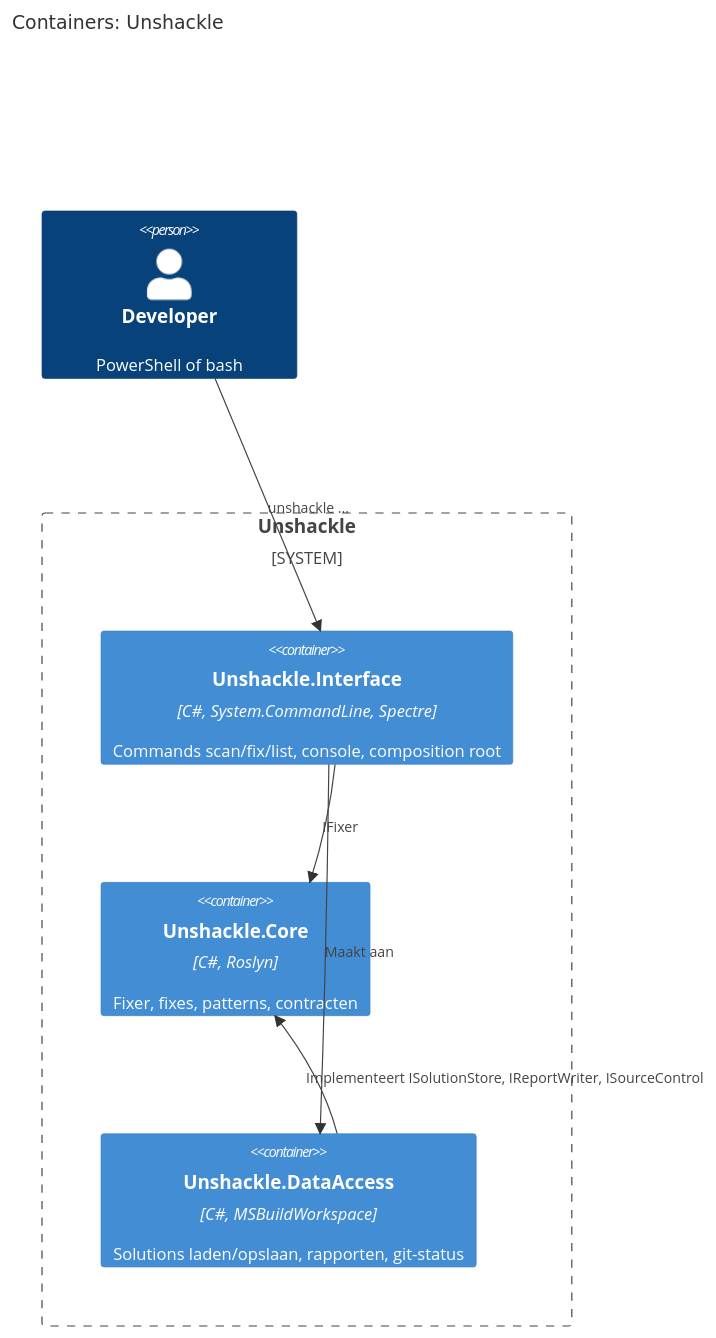
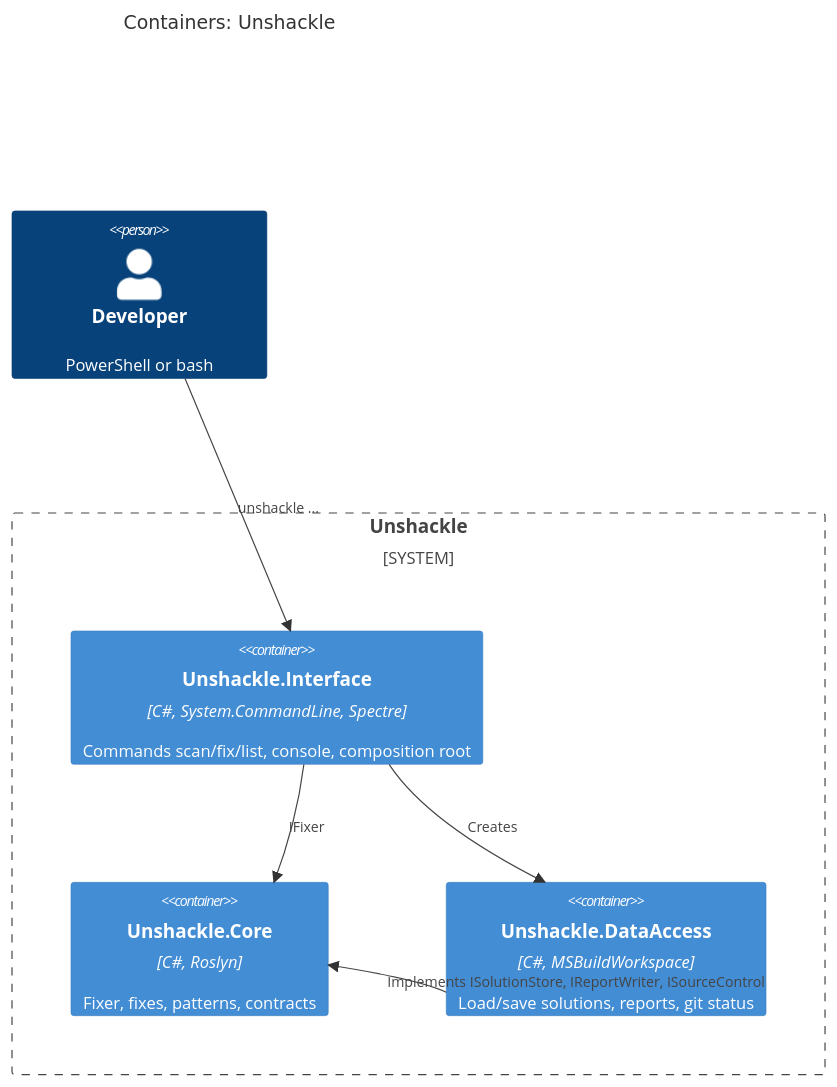
The second of 2 diagrams in docs/projectinfo/features/end-to-end-keten-plan.md (ATkingma/unshackle), drawn with Mermaid before and after one commit. The commit also changed other lines of this file and 415 other files, not shown here.

````diff
--- a/docs/projectinfo/features/end-to-end-keten-plan.md
+++ b/docs/projectinfo/features/end-to-end-keten-plan.md
@@ -121,16 +121,16 @@
 ```mermaid
 C4Container
     title Containers: Unshackle
 
-    Person(user, "Developer", "PowerShell of bash")
+    Person(user, "Developer", "PowerShell or bash")
     System_Boundary(unshackle_boundary, "Unshackle") {
         Container(unshackle_interface, "Unshackle.Interface", "C#, System.CommandLine, Spectre", "Commands scan/fix/list, console, composition root")
-        Container(unshackle_core, "Unshackle.Core", "C#, Roslyn", "Fixer, fixes, patterns, contracten")
-        Container(unshackle_dataaccess, "Unshackle.DataAccess", "C#, MSBuildWorkspace", "Solutions laden/opslaan, rapporten, git-status")
+        Container(unshackle_core, "Unshackle.Core", "C#, Roslyn", "Fixer, fixes, patterns, contracts")
+        Container(unshackle_dataaccess, "Unshackle.DataAccess", "C#, MSBuildWorkspace", "Load/save solutions, reports, git status")
     }
 
     Rel(user, unshackle_interface, "unshackle ...")
     Rel(unshackle_interface, unshackle_core, "IFixer")
-    Rel(unshackle_interface, unshackle_dataaccess, "Maakt aan")
-    Rel(unshackle_dataaccess, unshackle_core, "Implementeert ISolutionStore, IReportWriter, ISourceControl")
+    Rel(unshackle_interface, unshackle_dataaccess, "Creates")
+    Rel(unshackle_dataaccess, unshackle_core, "Implements ISolutionStore, IReportWriter, ISourceControl")
 ```
````
